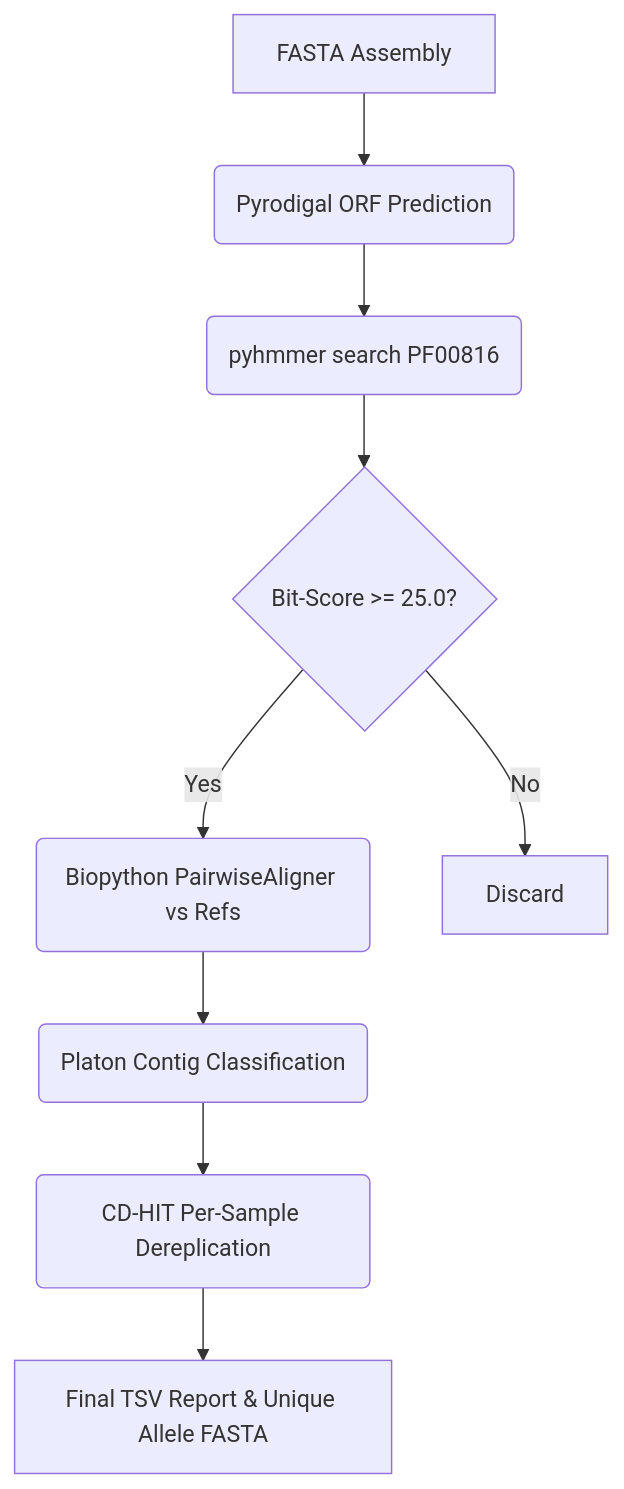
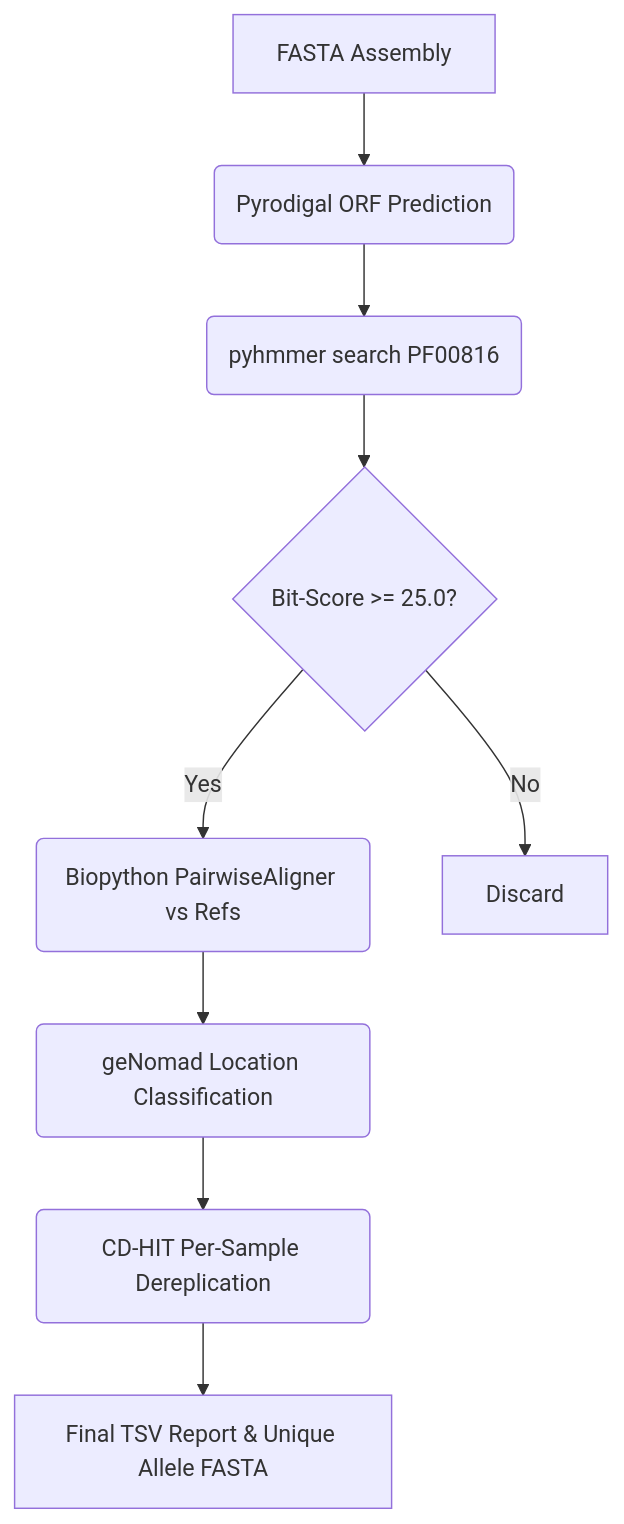
The diagram in OUTPUT_INTERPRETATION_GUIDE.md (singuyenmai/HNS), drawn with Mermaid before and after one commit. The commit also changed other lines of this file and 5 other files, not shown here.

````diff
--- a/OUTPUT_INTERPRETATION_GUIDE.md
+++ b/OUTPUT_INTERPRETATION_GUIDE.md
@@ -18,11 +18,11 @@
 ```mermaid
 graph TD
     A[FASTA Assembly] --> B(Pyrodigal ORF Prediction)
     B --> C(pyhmmer search PF00816)
     C --> D{Bit-Score >= 25.0?}
     D -- Yes --> E(Biopython PairwiseAligner vs Refs)
     D -- No --> H[Discard]
-    E --> F(Platon Contig Classification)
+    E --> F(geNomad Location Classification)
     F --> G(CD-HIT Per-Sample Dereplication)
     G --> I[Final TSV Report & Unique Allele FASTA]
 ```
````
